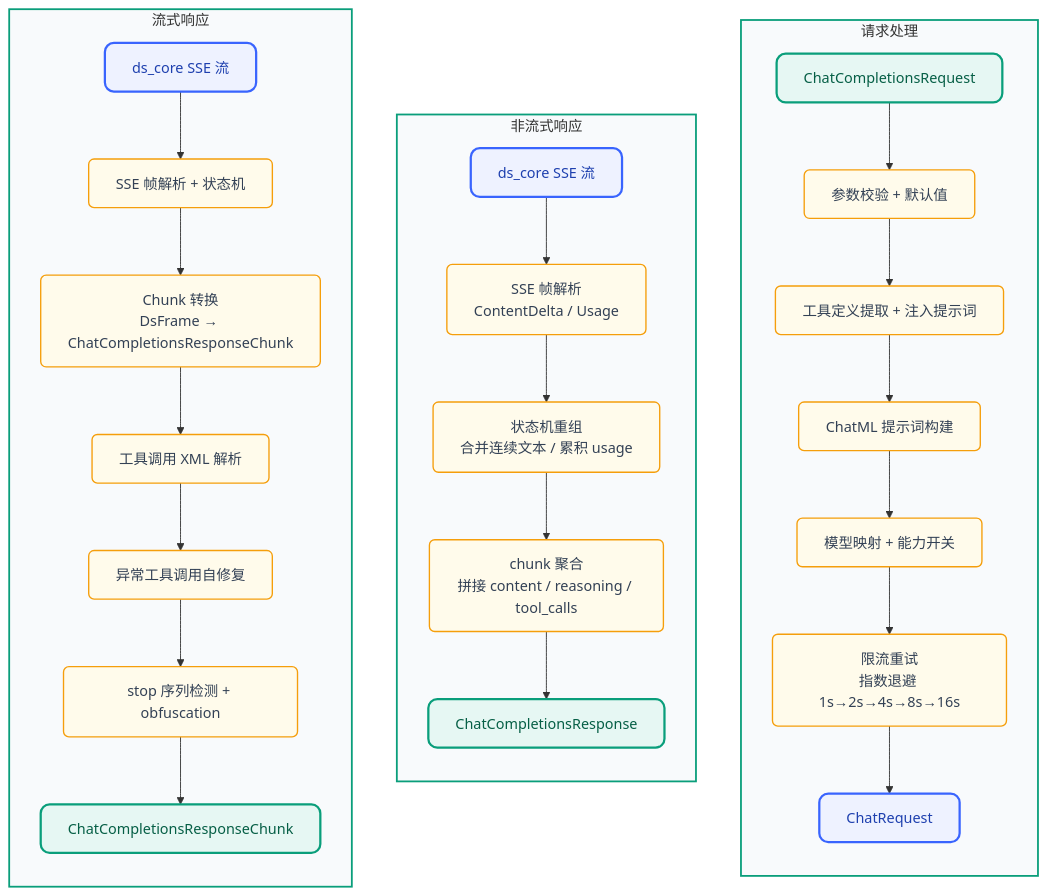
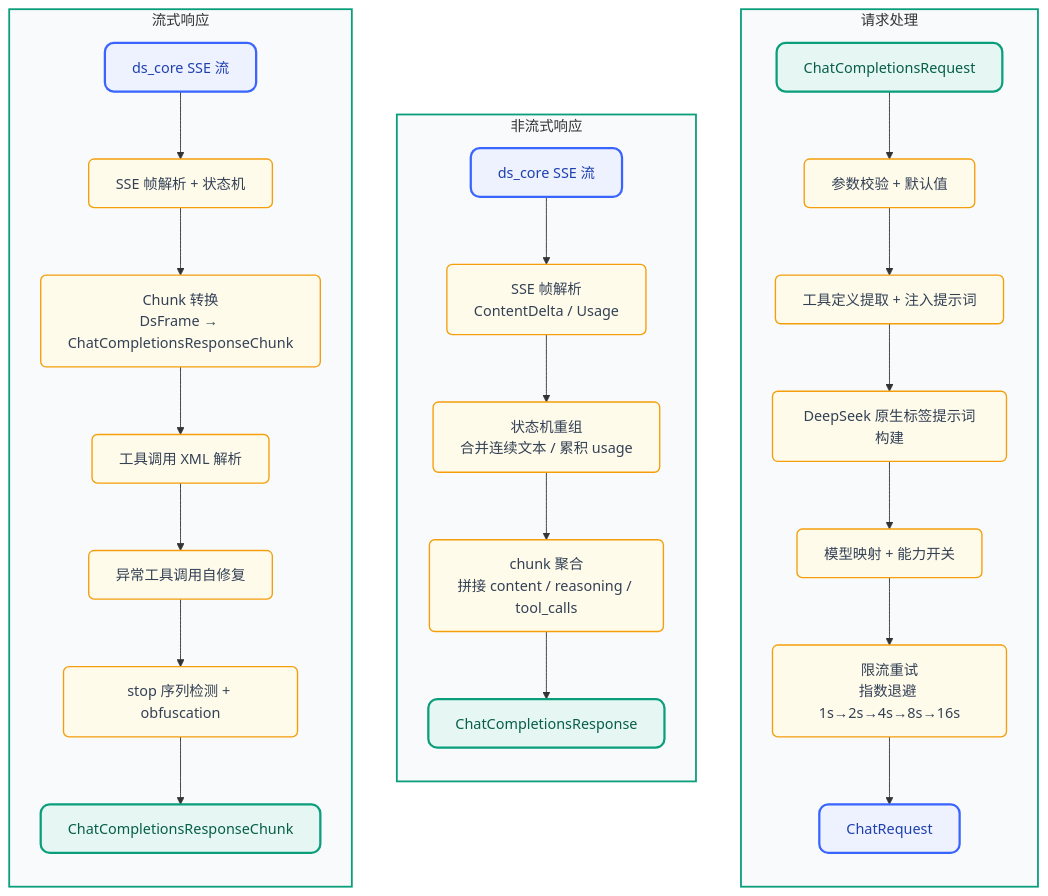
The second of 3 diagrams in README.md (parasshah10/d2a), drawn with Mermaid before and after one commit. The commit also changed other lines of this file and 8 other files, not shown here.

First line of the commit message:
refactor: migrate from ChatML to DeepSeek native tags for prompt injection

````diff
--- a/README.md
+++ b/README.md
@@ -233,46 +235,46 @@
 ```mermaid
 flowchart TB
     %% ===== 主题定义 =====
     classDef ds_core fill:#eef2ff,stroke:#3964fe,stroke-width:2.5px,color:#1e40af,rx:10,ry:10
     classDef openai_adapter fill:#e6f7f3,stroke:#0a9e7b,stroke-width:2.5px,color:#065f46,rx:10,ry:10
     classDef step fill:#fffbeb,stroke:#f59e0b,stroke-width:1.5px,color:#334155,rx:6,ry:6
 
     subgraph RQ ["请求处理"]
         direction TB
         Q1["ChatCompletionsRequest"]:::openai_adapter
         Q2["参数校验 + 默认值"]:::step
         Q3["工具定义提取 + 注入提示词"]:::step
-        Q4["ChatML 提示词构建"]:::step
+        Q4["DeepSeek 原生标签提示词构建"]:::step
         Q5["模型映射 + 能力开关"]:::step
         Q6["限流重试<br/>指数退避 1s→2s→4s→8s→16s"]:::step
         Q7["ChatRequest"]:::ds_core
     end
 
     subgraph RS1 ["非流式响应"]
         direction TB
         OR1["ds_core SSE 流"]:::ds_core
         OR2["SSE 帧解析<br/>ContentDelta / Usage"]:::step
         OR3["状态机重组<br/>合并连续文本 / 累积 usage"]:::step
         OR4["chunk 聚合<br/>拼接 content / reasoning / tool_calls"]:::step
         OR5["ChatCompletionsResponse"]:::openai_adapter
     end
 
     subgraph RS2 ["流式响应"]
         direction TB
         OS1["ds_core SSE 流"]:::ds_core
         OS2["SSE 帧解析 + 状态机"]:::step
         OS3["Chunk 转换<br/>DsFrame → ChatCompletionsResponseChunk"]:::step
         OS4["工具调用 XML 解析"]:::step
         OS5["异常工具调用自修复"]:::step
         OS6["stop 序列检测 + obfuscation"]:::step
         OS7["ChatCompletionsResponseChunk"]:::openai_adapter
     end
 
     Q1 --> Q2 --> Q3 --> Q4 --> Q5 --> Q6 --> Q7
     OR1 --> OR2 --> OR3 --> OR4 --> OR5
     OS1 --> OS2 --> OS3 --> OS4 --> OS5 --> OS6 --> OS7
 
     style RQ fill:#f8fafc,stroke:#0a9e7b,stroke-width:2px
     style RS1 fill:#f8fafc,stroke:#0a9e7b,stroke-width:2px
     style RS2 fill:#f8fafc,stroke:#0a9e7b,stroke-width:2px
 ```
````
